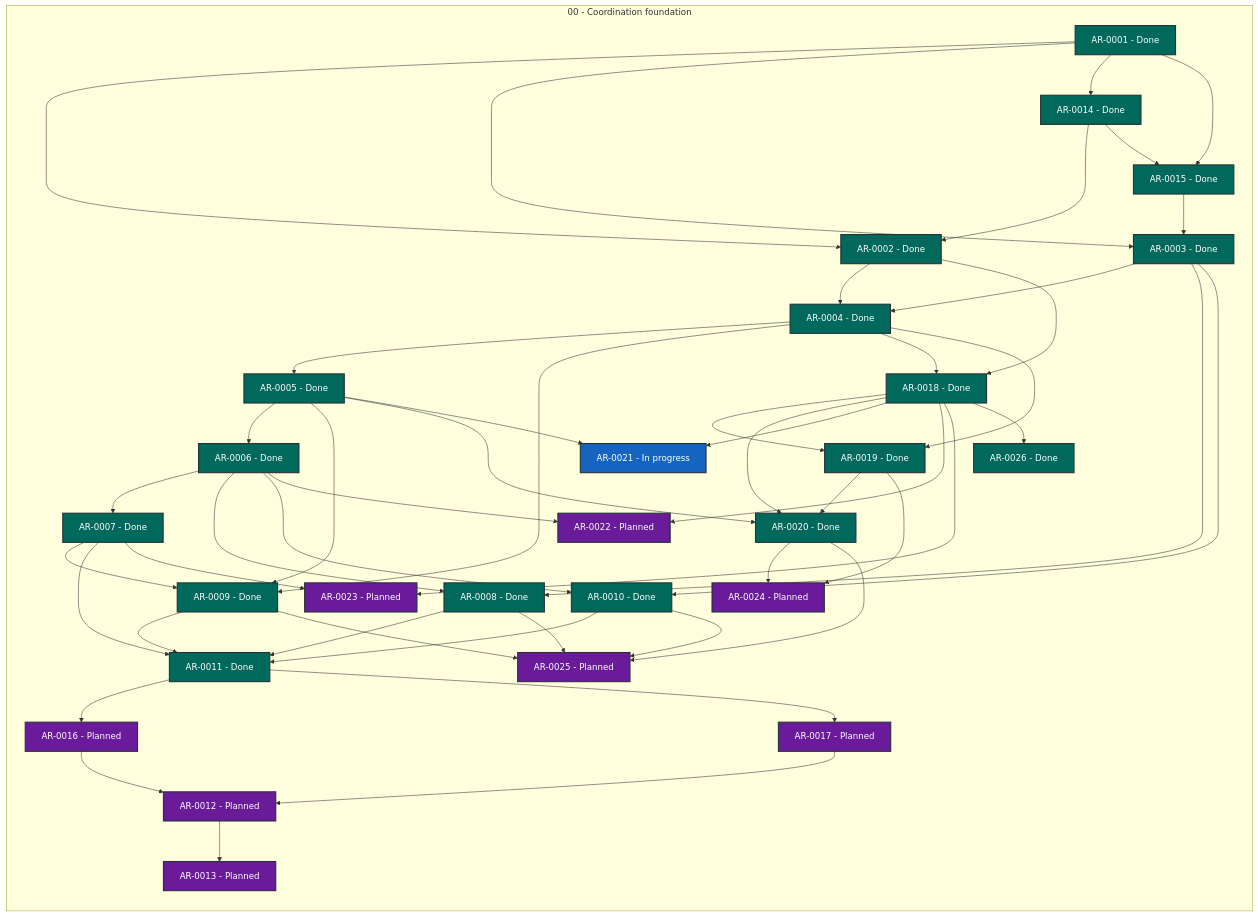
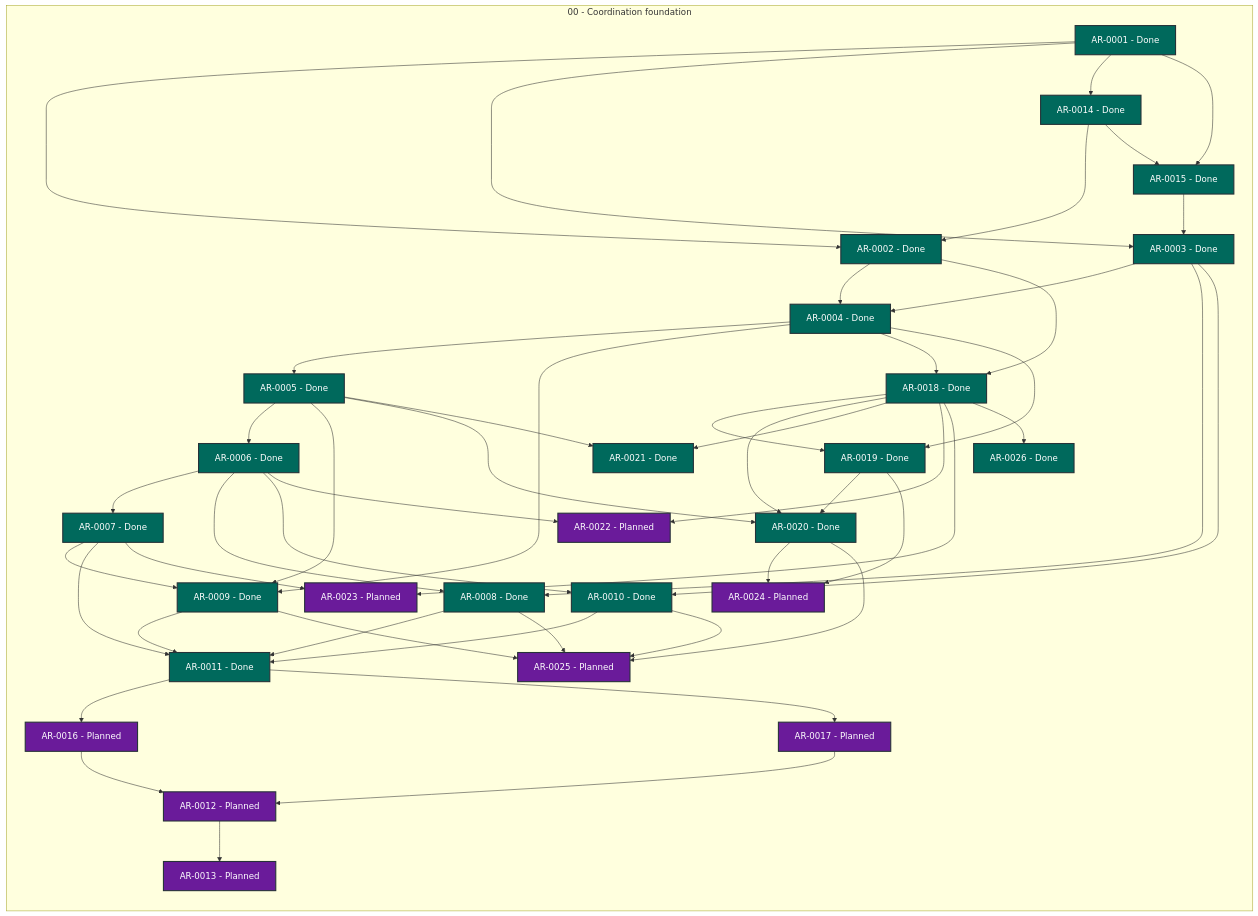
One commit to martin-beck/agent-workflow-tui-state changed the diagram in STATUS.md. Above: the diagram before and after it, drawn with Mermaid. The commit also changed other lines of this file and 2 other files, not shown here.

```diff
--- a/STATUS.md
+++ b/STATUS.md
@@ -48,7 +48,7 @@
         AR_0018["AR-0018 - Done"]:::status_done
         AR_0019["AR-0019 - Done"]:::status_done
         AR_0020["AR-0020 - Done"]:::status_done
-        AR_0021["AR-0021 - In progress"]:::status_in_progress
+        AR_0021["AR-0021 - Done"]:::status_done
         AR_0022["AR-0022 - Planned"]:::status_planned
         AR_0023["AR-0023 - Planned"]:::status_planned
         AR_0024["AR-0024 - Planned"]:::status_planned
```
